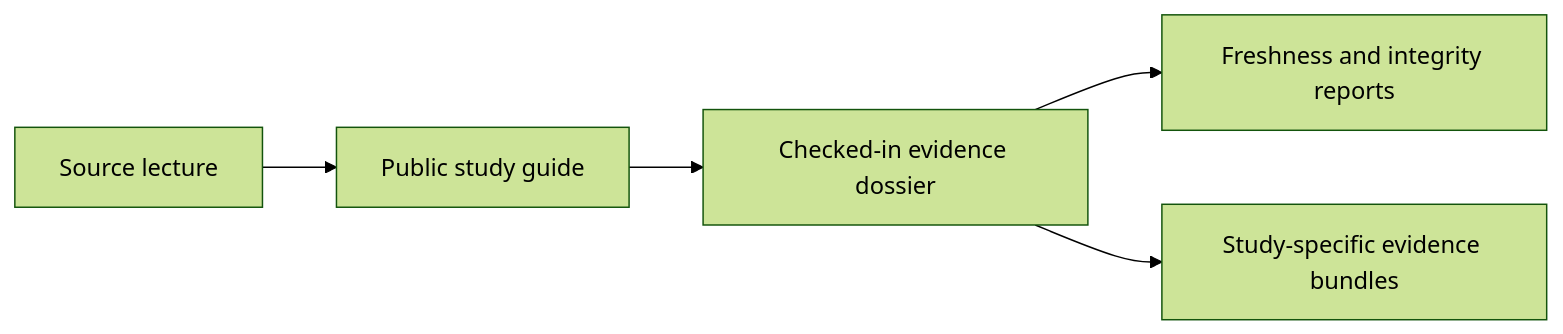
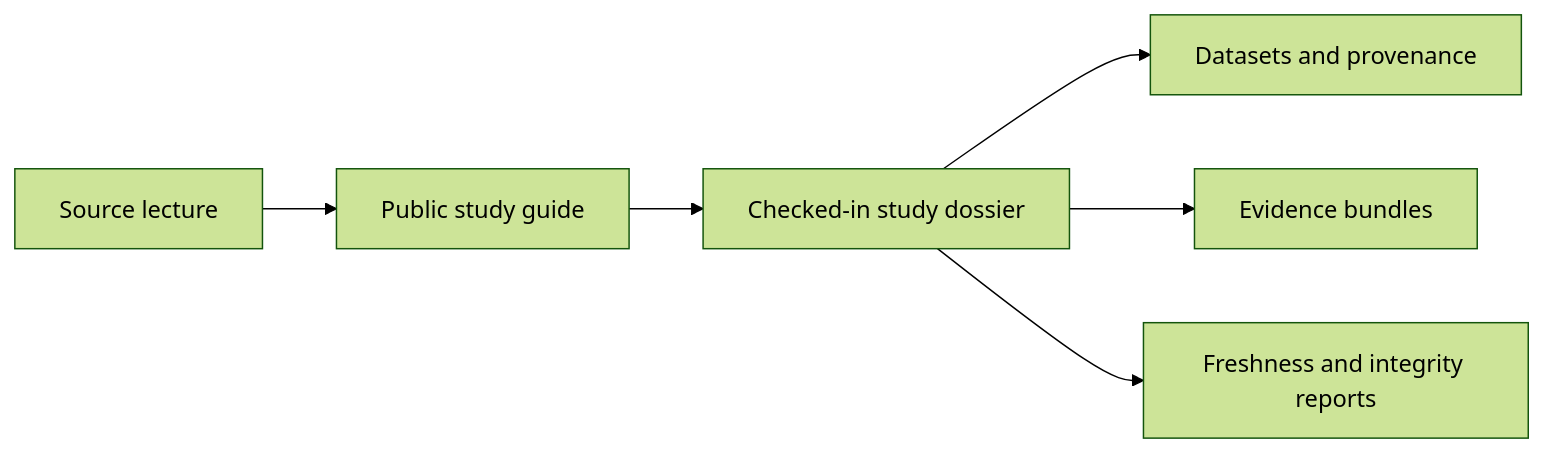
One commit to bijux/bijux-phylogenetics changed the diagram in docs/phylogenetics-evidence-book/index.md. Above: the diagram before and after it, drawn with Mermaid (forest theme). The commit also changed other lines of this file and 9 other files, not shown here.

Commit message:
docs(evidence): strengthen study and stewardship guides

````diff
--- a/docs/phylogenetics-evidence-book/index.md
+++ b/docs/phylogenetics-evidence-book/index.md
@@ -22,7 +22,8 @@
 ```mermaid
 flowchart LR
     A[Source lecture] --> B[Public study guide]
-    B --> C[Checked-in evidence dossier]
-    C --> D[Freshness and integrity reports]
-    C --> E[Study-specific evidence bundles]
+    B --> C[Checked-in study dossier]
+    C --> D[Datasets and provenance]
+    C --> E[Evidence bundles]
+    C --> F[Freshness and integrity reports]
 ```
````
